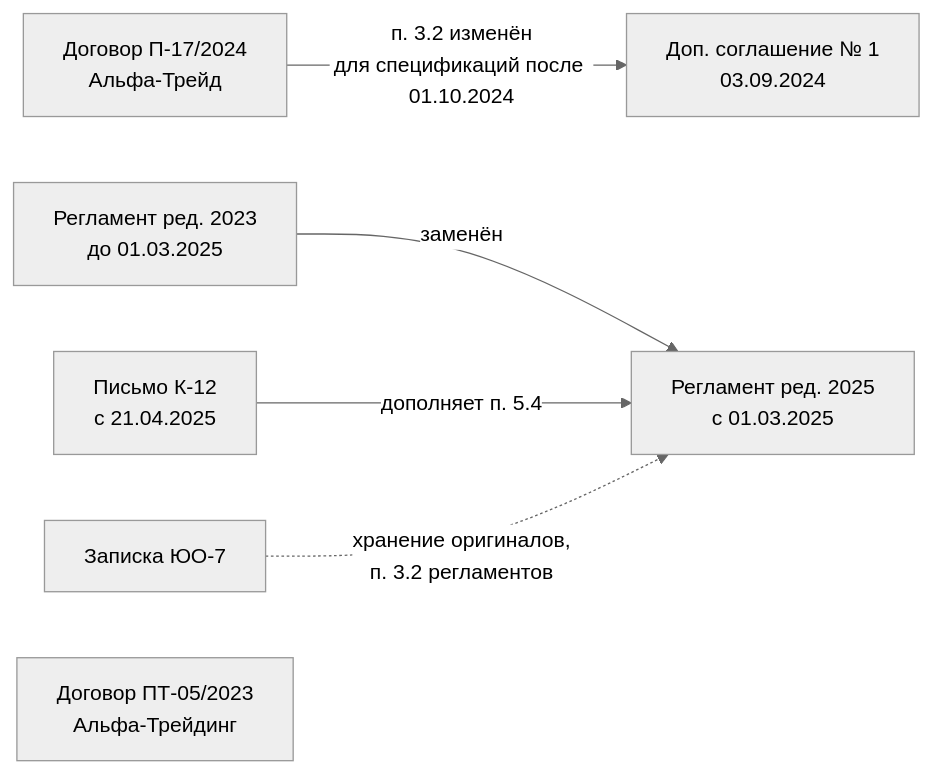
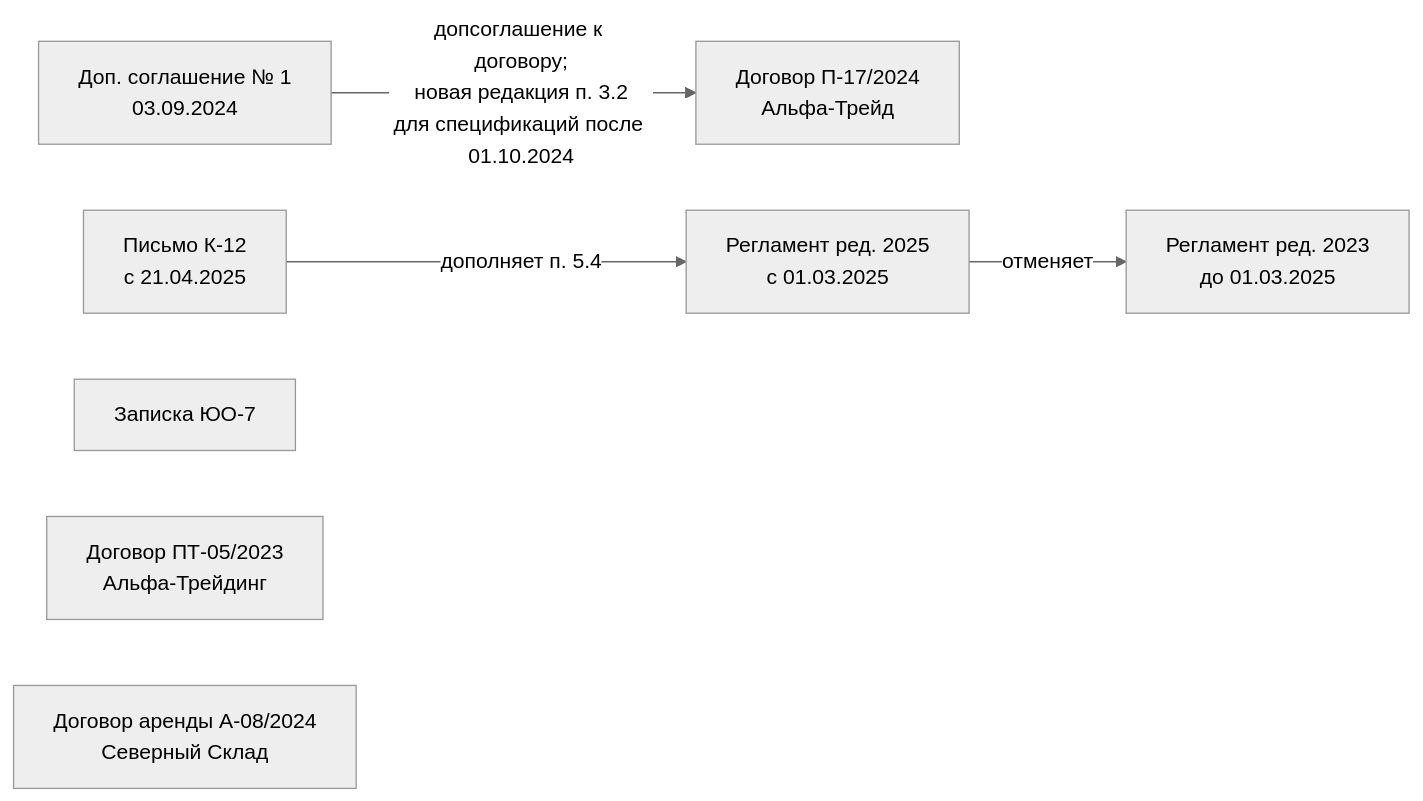
One commit to psb-hack/psb-legal-assistant changed the diagram in docs/02-knowledge-base.md. Above: the diagram before and after it, drawn with Mermaid (neutral theme). The commit also changed other lines of this file and 11 other files, not shown here.

````diff
--- a/docs/02-knowledge-base.md
+++ b/docs/02-knowledge-base.md
@@ -22,8 +22,9 @@
 ```mermaid
 flowchart LR
-  P17["Договор П-17/2024<br/>Альфа-Трейд"] -->|"п. 3.2 изменён<br/>для спецификаций после 01.10.2024"| DS1["Доп. соглашение № 1<br/>03.09.2024"]
-  R23["Регламент ред. 2023<br/>до 01.03.2025"] -->|"заменён"| R25["Регламент ред. 2025<br/>с 01.03.2025"]
+  DS1["Доп. соглашение № 1<br/>03.09.2024"] -->|"допсоглашение к договору;<br/>новая редакция п. 3.2<br/>для спецификаций после 01.10.2024"| P17["Договор П-17/2024<br/>Альфа-Трейд"]
+  R25["Регламент ред. 2025<br/>с 01.03.2025"] -->|"отменяет"| R23["Регламент ред. 2023<br/>до 01.03.2025"]
   K12["Письмо К-12<br/>с 21.04.2025"] -->|"дополняет п. 5.4"| R25
-  YO7["Записка ЮО-7"] -.->|"хранение оригиналов,<br/>п. 3.2 регламентов"| R25
+  YO7["Записка ЮО-7"]
   PT05["Договор ПТ-05/2023<br/>Альфа-Трейдинг"]
+  A08["Договор аренды А-08/2024<br/>Северный Склад"]
 ```
````
